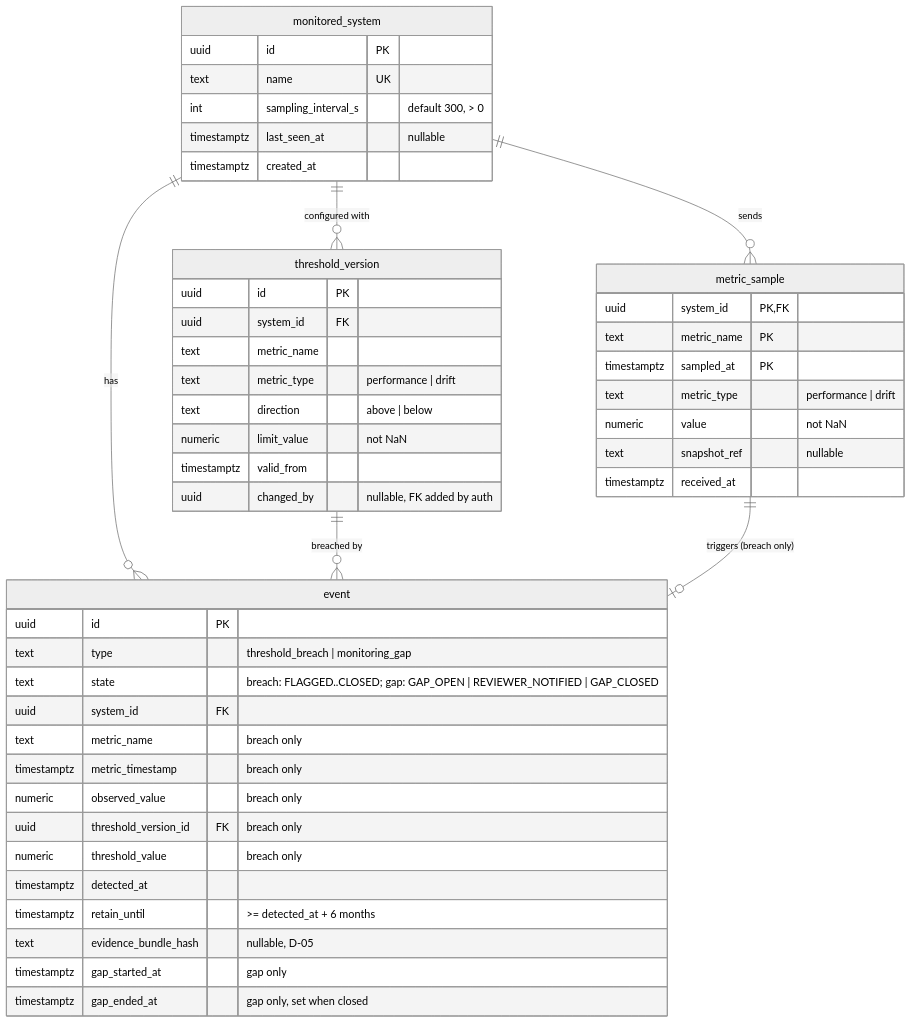
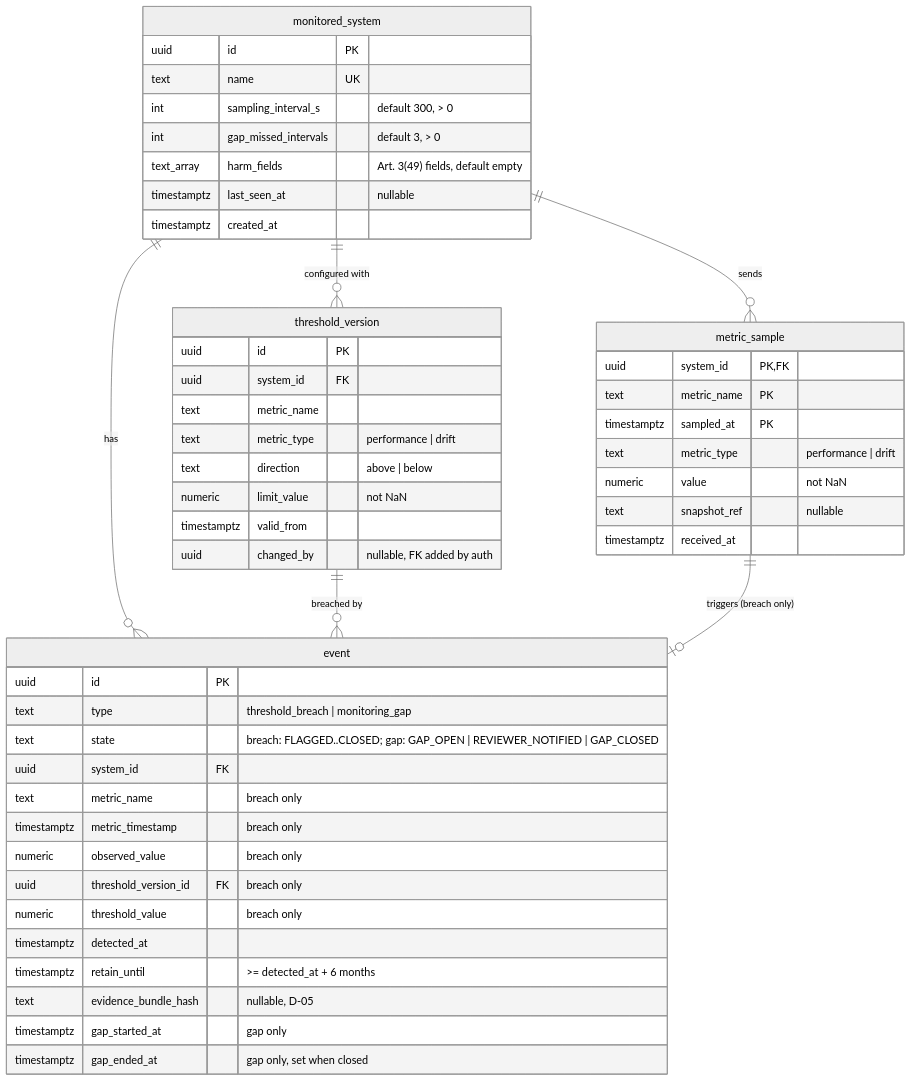
The diagram in docs/database.md (aryan0dhi/ai-compliance-monitor), drawn with Mermaid (neutral theme) before and after one commit. The commit also changed other lines of this file and 16 other files, not shown here.

First line of the commit message:
Configure which harm fields a system's breaches prefill (#37, 1/2)

````diff
--- a/docs/database.md
+++ b/docs/database.md
@@ -15,51 +16,53 @@
 ```mermaid
 erDiagram
     monitored_system ||--o{ metric_sample : "sends"
     monitored_system ||--o{ threshold_version : "configured with"
     monitored_system ||--o{ event : "has"
     threshold_version ||--o{ event : "breached by"
     metric_sample ||--o| event : "triggers (breach only)"
 
     monitored_system {
         uuid id PK
         text name UK
         int sampling_interval_s "default 300, > 0"
+        int gap_missed_intervals "default 3, > 0"
+        text_array harm_fields "Art. 3(49) fields, default empty"
         timestamptz last_seen_at "nullable"
         timestamptz created_at
     }
     metric_sample {
         uuid system_id PK,FK
         text metric_name PK
         timestamptz sampled_at PK
         text metric_type "performance | drift"
         numeric value "not NaN"
         text snapshot_ref "nullable"
         timestamptz received_at
     }
     threshold_version {
         uuid id PK
         uuid system_id FK
         text metric_name
         text metric_type "performance | drift"
         text direction "above | below"
         numeric limit_value "not NaN"
         timestamptz valid_from
         uuid changed_by "nullable, FK added by auth"
     }
     event {
         uuid id PK
         text type "threshold_breach | monitoring_gap"
         text state "breach: FLAGGED..CLOSED; gap: GAP_OPEN | REVIEWER_NOTIFIED | GAP_CLOSED"
         uuid system_id FK
         text metric_name "breach only"
         timestamptz metric_timestamp "breach only"
         numeric observed_value "breach only"
         uuid threshold_version_id FK "breach only"
         numeric threshold_value "breach only"
         timestamptz detected_at
         timestamptz retain_until ">= detected_at + 6 months"
         text evidence_bundle_hash "nullable, D-05"
         timestamptz gap_started_at "gap only"
         timestamptz gap_ended_at "gap only, set when closed"
     }
 ```
````
